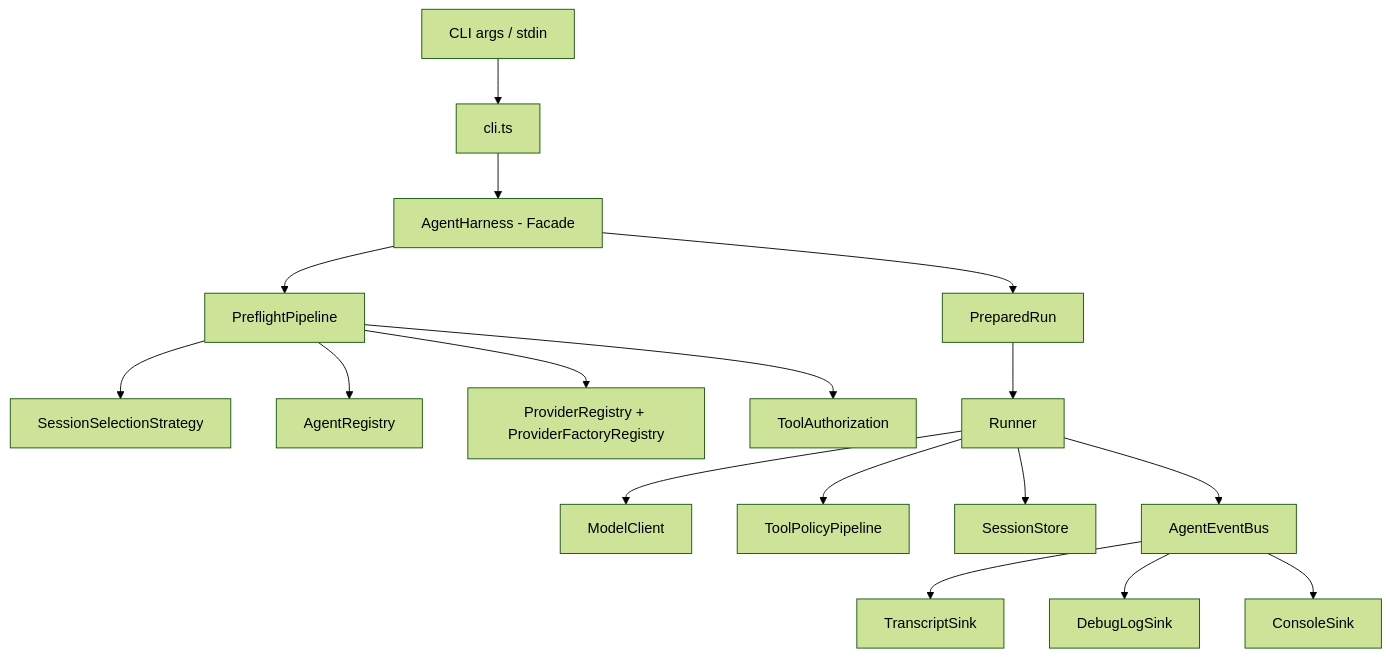
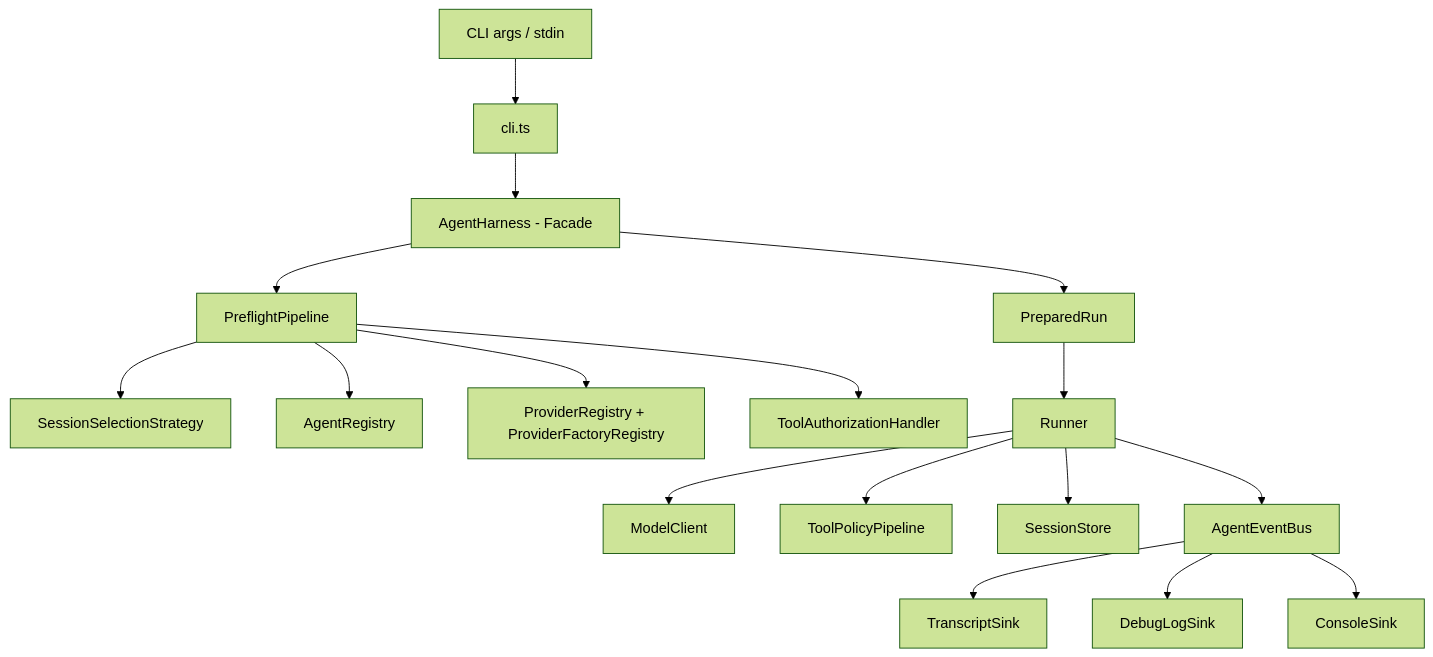
One commit to LoudlyDawn2108/fantasticcode changed the first of 11 diagrams in fantasticcode-development-document.md. Above: the diagram before and after it, drawn with Mermaid (forest theme). The commit also changed other lines of this file and 6 other files, not shown here.

````diff
--- a/fantasticcode-development-document.md
+++ b/fantasticcode-development-document.md
@@ -533,19 +533,19 @@
 ```mermaid
 flowchart TD
   A[CLI args / stdin] --> B[cli.ts]
   B --> C[AgentHarness - Facade]
   C --> D[PreflightPipeline]
   D --> E[SessionSelectionStrategy]
   D --> F[AgentRegistry]
   D --> G[ProviderRegistry + ProviderFactoryRegistry]
-  D --> H[ToolAuthorization]
+  D --> H[ToolAuthorizationHandler]
   C --> I[PreparedRun]
   I --> J[Runner]
   J --> K[ModelClient]
   J --> L[ToolPolicyPipeline]
   J --> M[SessionStore]
   J --> N[AgentEventBus]
   N --> O[TranscriptSink]
   N --> P[DebugLogSink]
   N --> Q[ConsoleSink]
 ```
````
